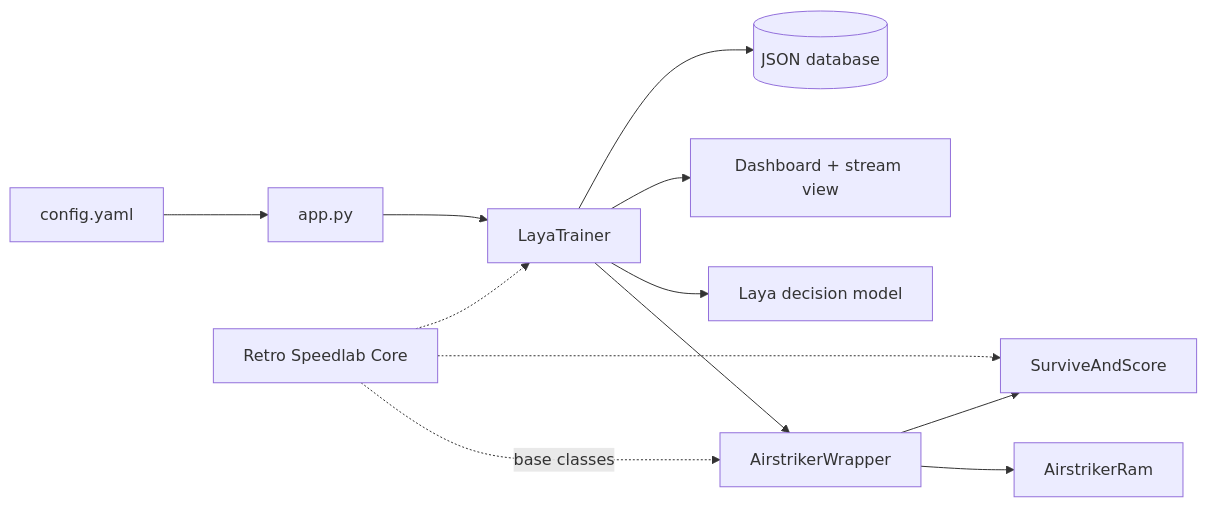
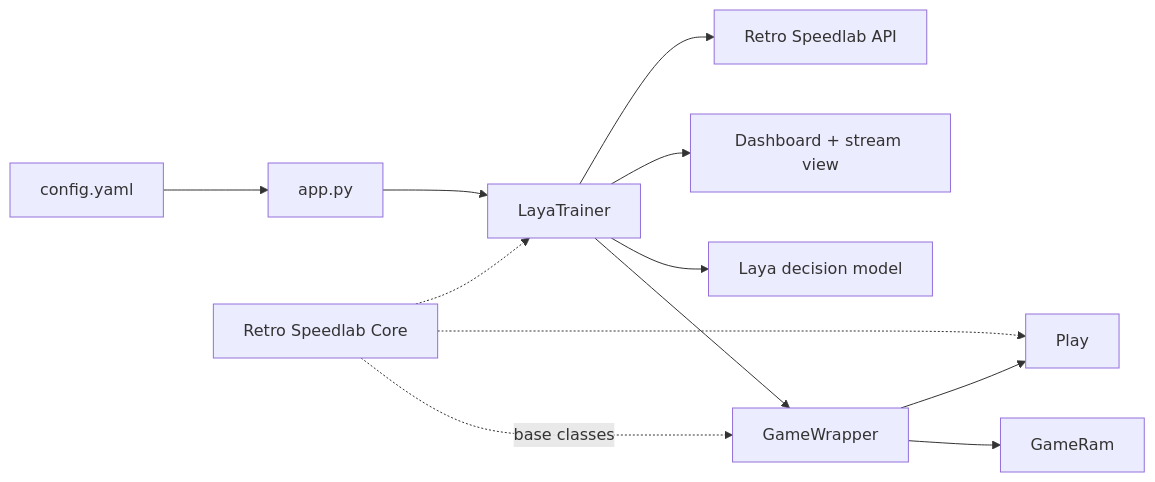
The second of 2 diagrams in README.md (datenwissenschaften/retro-speedlab), drawn with Mermaid before and after one commit. The commit also changed other lines of this file and 21 other files, not shown here.

````diff
--- a/README.md
+++ b/README.md
@@ -132,14 +94,14 @@
 ```mermaid
 flowchart LR
     CFG[config.yaml] --> APP[app.py]
     APP --> TRAINER[LayaTrainer]
-    TRAINER --> WRAP[AirstrikerWrapper]
-    WRAP --> RAM[AirstrikerRam]
-    WRAP --> STATE[SurviveAndScore]
+    TRAINER --> WRAP[GameWrapper]
+    WRAP --> RAM[GameRam]
+    WRAP --> STATE[Play]
     TRAINER --> LAYA[Laya decision model]
     TRAINER --> UI[Dashboard + stream view]
-    TRAINER --> DB[(JSON database)]
-    LIB[Retro Speedlab Core] -.base classes.-> WRAP
-    LIB -.-> STATE
-    LIB -.-> TRAINER
+    TRAINER --> API[Retro Speedlab API]
+    CORE[Retro Speedlab Core] -.base classes.-> WRAP
+    CORE -.-> STATE
+    CORE -.-> TRAINER
 ```
````
